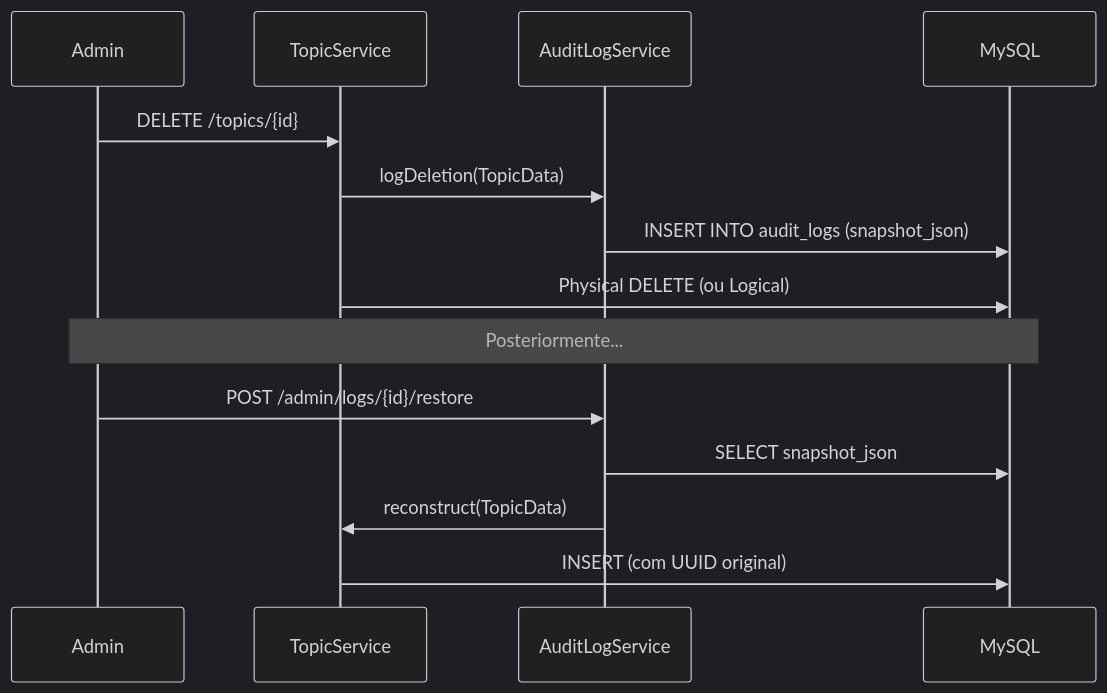
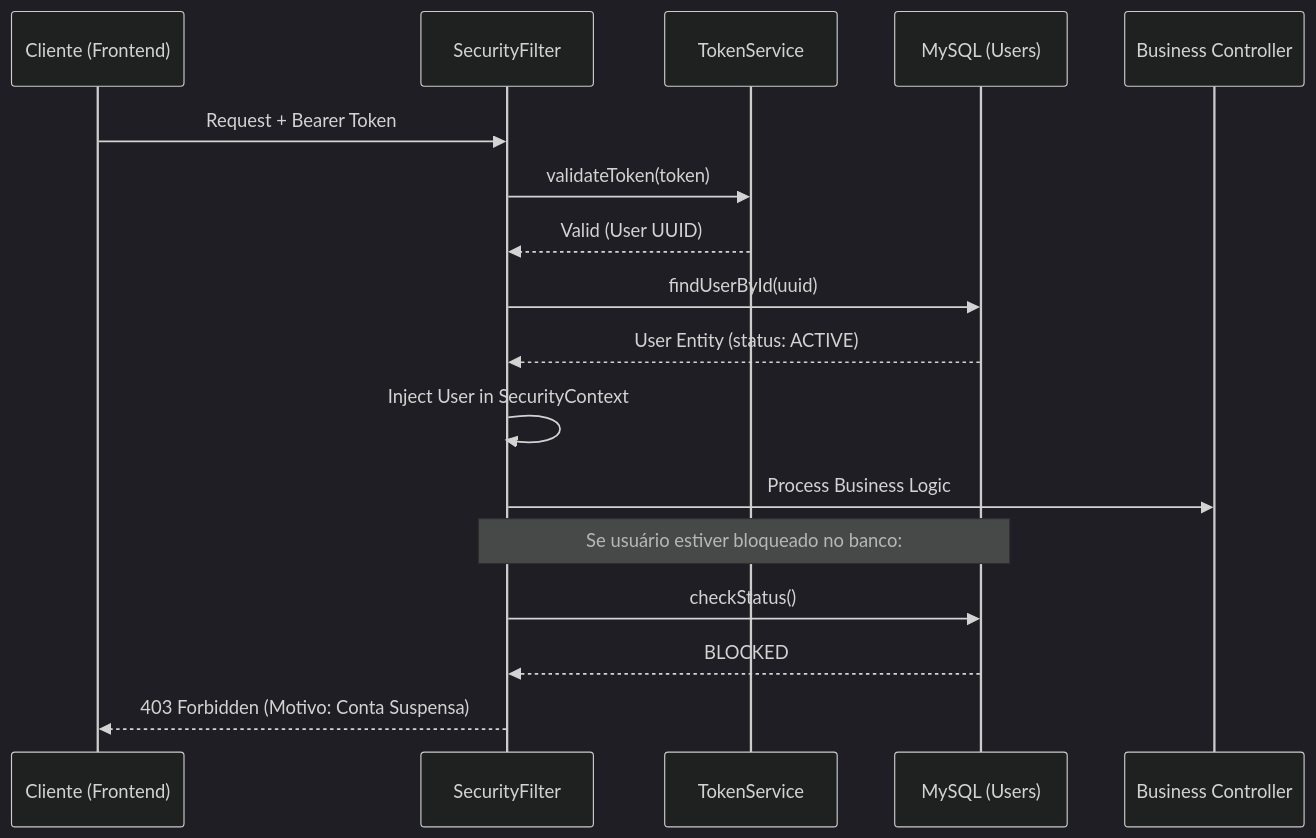
The second of 3 diagrams in docs/pt-br/02-arquitetura.md (DessimA/forum-hub), drawn with Mermaid (dark theme) before and after one commit. The commit also changed other lines of this file and 18 other files, not shown here.

Commit message:
docs: exaustive documentation update with Mermaid diagrams and total PT-BR/EN parity

````diff
--- a/docs/pt-br/02-arquitetura.md
+++ b/docs/pt-br/02-arquitetura.md
@@ -173,19 +47,24 @@
 ```mermaid
 sequenceDiagram
-    participant Admin
-    participant Service as TopicService
-    participant Audit as AuditLogService
-    participant DB as MySQL
+    participant User as Cliente (Frontend)
+    participant Filter as SecurityFilter
+    participant JWT as TokenService
+    participant DB as MySQL (Users)
+    participant Controller as Business Controller
 
-    Admin->>Service: DELETE /topics/{id}
-    Service->>Audit: logDeletion(TopicData)
-    Audit->>DB: INSERT INTO audit_logs (snapshot_json)
-    Service->>DB: Physical DELETE (ou Logical)
+    User->>Filter: Request + Bearer Token
+    Filter->>JWT: validateToken(token)
+    JWT-->>Filter: Valid (User UUID)
     
-    Note over Admin, DB: Posteriormente...
+    Filter->>DB: findUserById(uuid)
+    DB-->>Filter: User Entity (status: ACTIVE)
     
-    Admin->>Audit: POST /admin/logs/{id}/restore
-    Audit->>DB: SELECT snapshot_json
-    Audit->>Service: reconstruct(TopicData)
-    Service->>DB: INSERT (com UUID original)
+    Filter->>Filter: Inject User in SecurityContext
+    
+    Filter->>Controller: Process Business Logic
+    
+    Note over Filter, DB: Se usuário estiver bloqueado no banco:
+    Filter->>DB: checkStatus()
+    DB-->>Filter: BLOCKED
+    Filter-->>User: 403 Forbidden (Motivo: Conta Suspensa)
 ```
````
